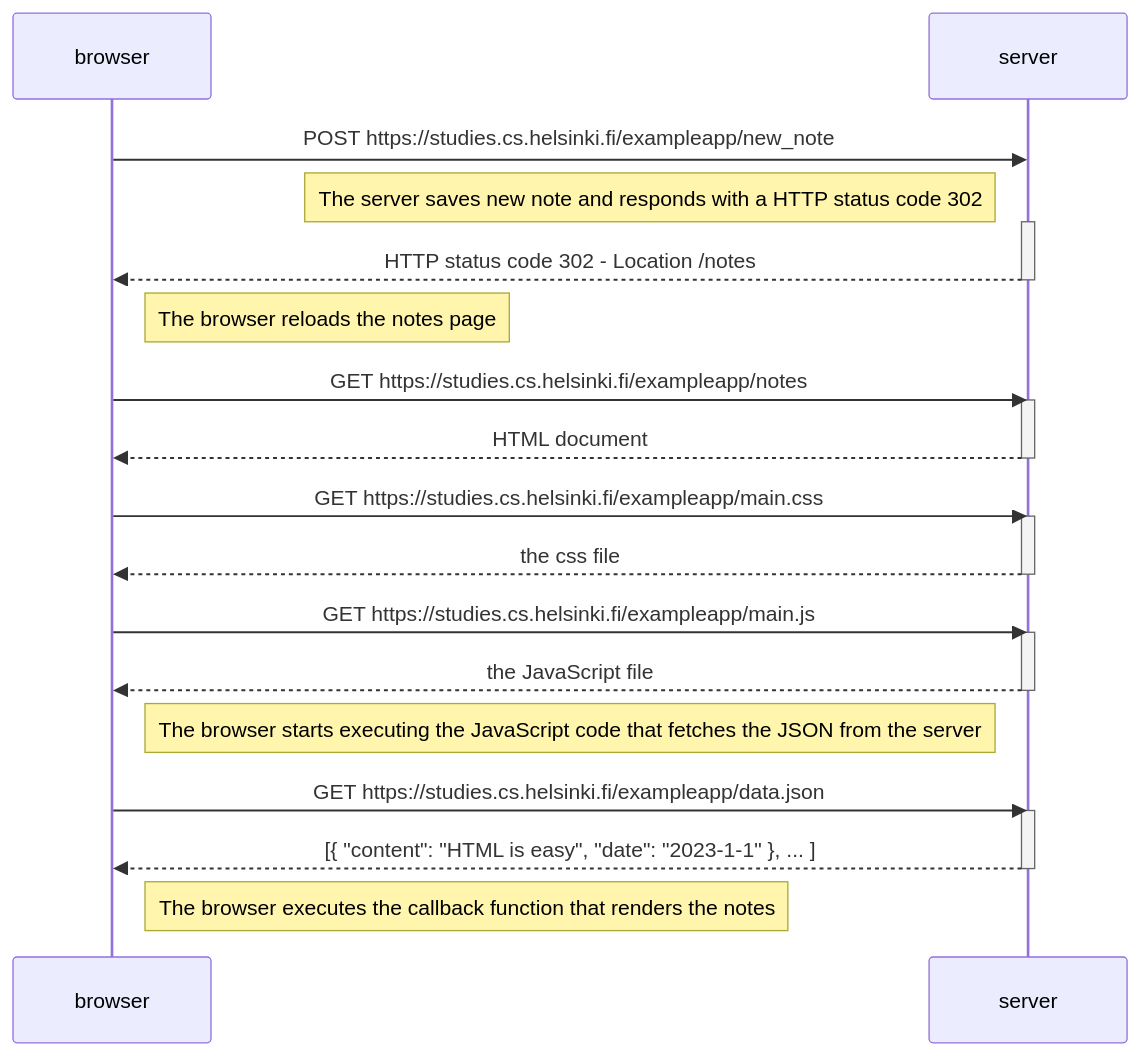
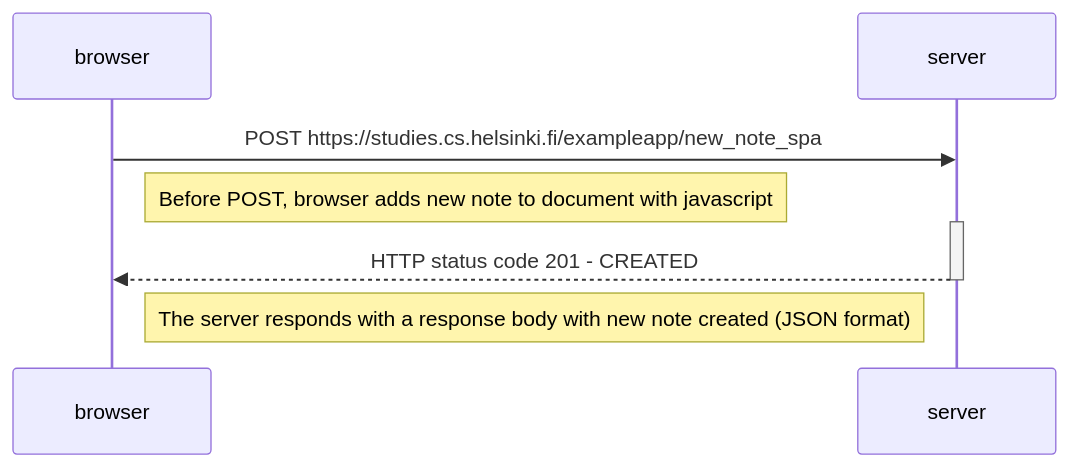
Before and after one commit to alanna92/fullstackopen-course: the diagram in part0/0-6-new-note-single-page-app-diagram.md, drawn with Mermaid.

````diff
--- a/part0/0-6-new-note-single-page-app-diagram.md
+++ b/part0/0-6-new-note-single-page-app-diagram.md
@@ -1,36 +1,12 @@
 ```mermaid
 sequenceDiagram
 participant browser
 participant server
 
-    browser->>server: POST https://studies.cs.helsinki.fi/exampleapp/new_note
-    Note left of server: The server saves new note and responds with a HTTP status code 302
+    browser->>server: POST https://studies.cs.helsinki.fi/exampleapp/new_note_spa
+    Note right of browser: Before POST, browser adds new note to document with javascript
     activate server
-    server-->>browser: HTTP status code 302 - Location /notes
+    server-->>browser: HTTP status code 201 - CREATED
     deactivate server
-    Note right of browser: The browser reloads the notes page
-
-    browser->>server: GET https://studies.cs.helsinki.fi/exampleapp/notes
-    activate server
-    server-->>browser: HTML document
-    deactivate server
-
-    browser->>server: GET https://studies.cs.helsinki.fi/exampleapp/main.css
-    activate server
-    server-->>browser: the css file
-    deactivate server
-
-    browser->>server: GET https://studies.cs.helsinki.fi/exampleapp/main.js
-    activate server
-    server-->>browser: the JavaScript file
-    deactivate server
-
-    Note right of browser: The browser starts executing the JavaScript code that fetches the JSON from the server
-
-    browser->>server: GET https://studies.cs.helsinki.fi/exampleapp/data.json
-    activate server
-    server-->>browser: [{ "content": "HTML is easy", "date": "2023-1-1" }, ... ]
-    deactivate server
-
-    Note right of browser: The browser executes the callback function that renders the notes
+    Note left of server: The server responds with a response body with new note created (JSON format)
 ```
````
